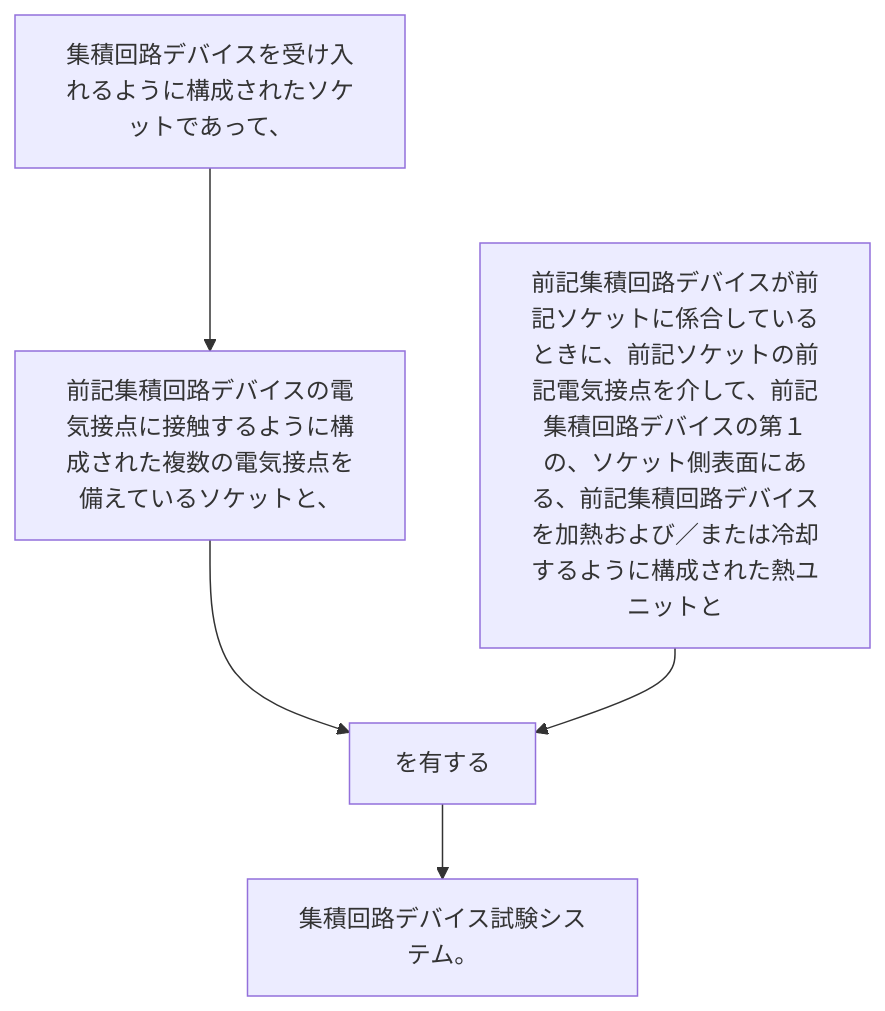
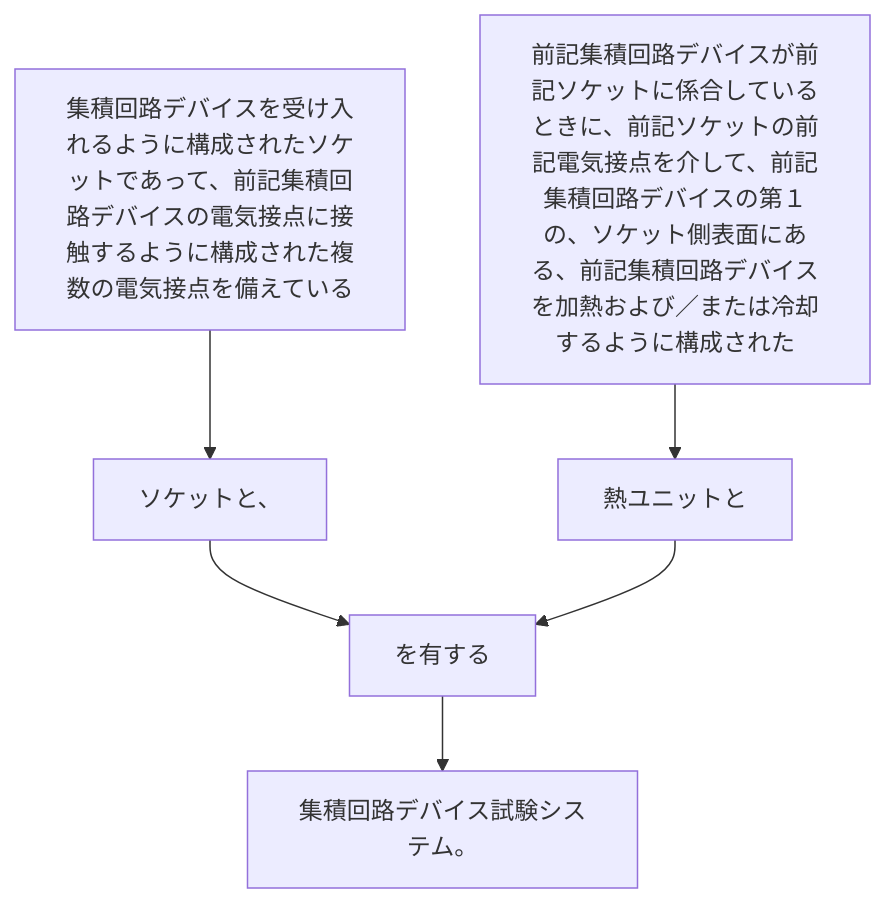
Before and after one commit to shinmori55/patent_analyzed: the diagram in 2024/JP2024023283A/claim_18/README.md, drawn with Mermaid. The commit also changed 336 other files, not shown here.

````diff
--- a/2024/JP2024023283A/claim_18/README.md
+++ b/2024/JP2024023283A/claim_18/README.md
@@ -3,13 +3,14 @@
 ```mermaid
 flowchart TD
-A[集積回路デバイスを受け入れるように構成されたソケットであって、]
-B[前記集積回路デバイスの電気接点に接触するように構成された複数の電気接点を備えているソケットと、]
-C[前記集積回路デバイスが前記ソケットに係合しているときに、前記ソケットの前記電気接点を介して、前記集積回路デバイスの第１の、ソケット側表面にある、前記集積回路デバイスを加熱および／または冷却するように構成された熱ユニットと]
-D[を有する]
-E[集積回路デバイス試験システム。]
-
+A[集積回路デバイスを受け入れるように構成されたソケットであって、前記集積回路デバイスの電気接点に接触するように構成された複数の電気接点を備えている]
+B[ソケットと、]
+C[前記集積回路デバイスが前記ソケットに係合しているときに、前記ソケットの前記電気接点を介して、前記集積回路デバイスの第１の、ソケット側表面にある、前記集積回路デバイスを加熱および／または冷却するように構成された]
+D[熱ユニットと]
+E[を有する]
+F[集積回路デバイス試験システム。]
 A --> B
-B --> D
 C --> D
+B --> E
 D --> E
+E --> F
 ```
````
